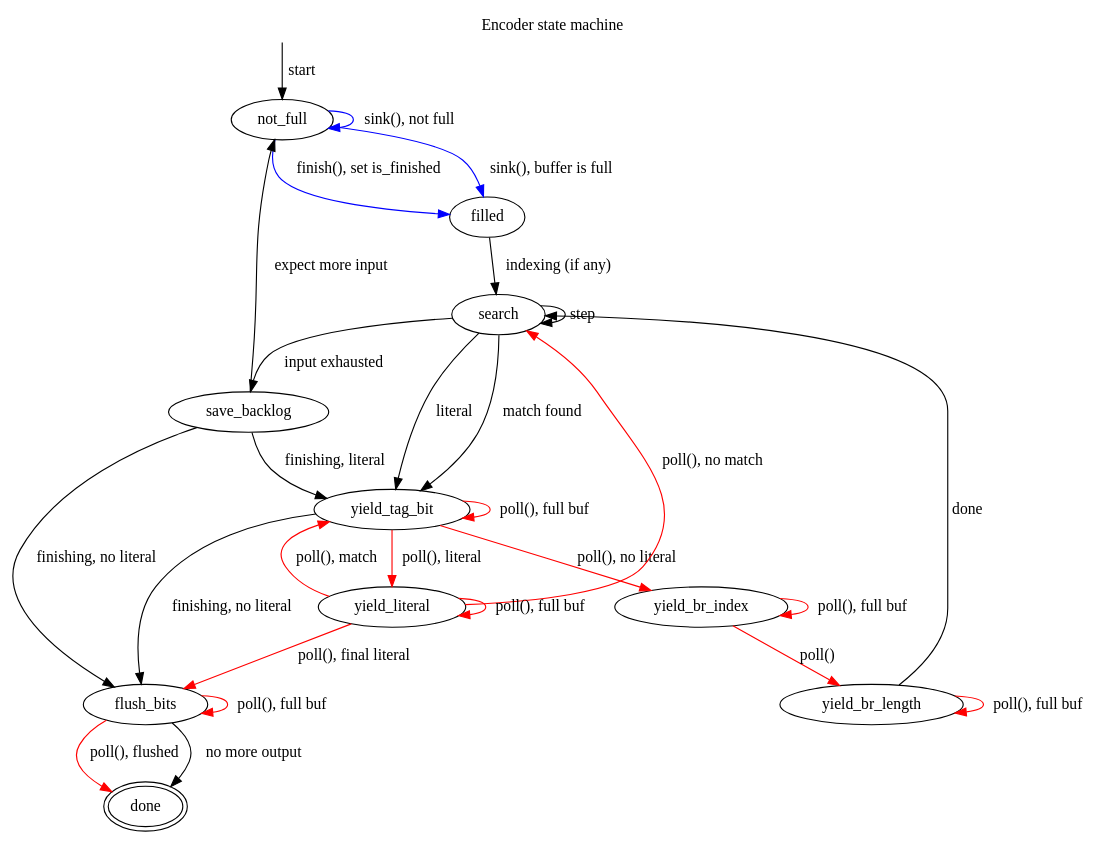
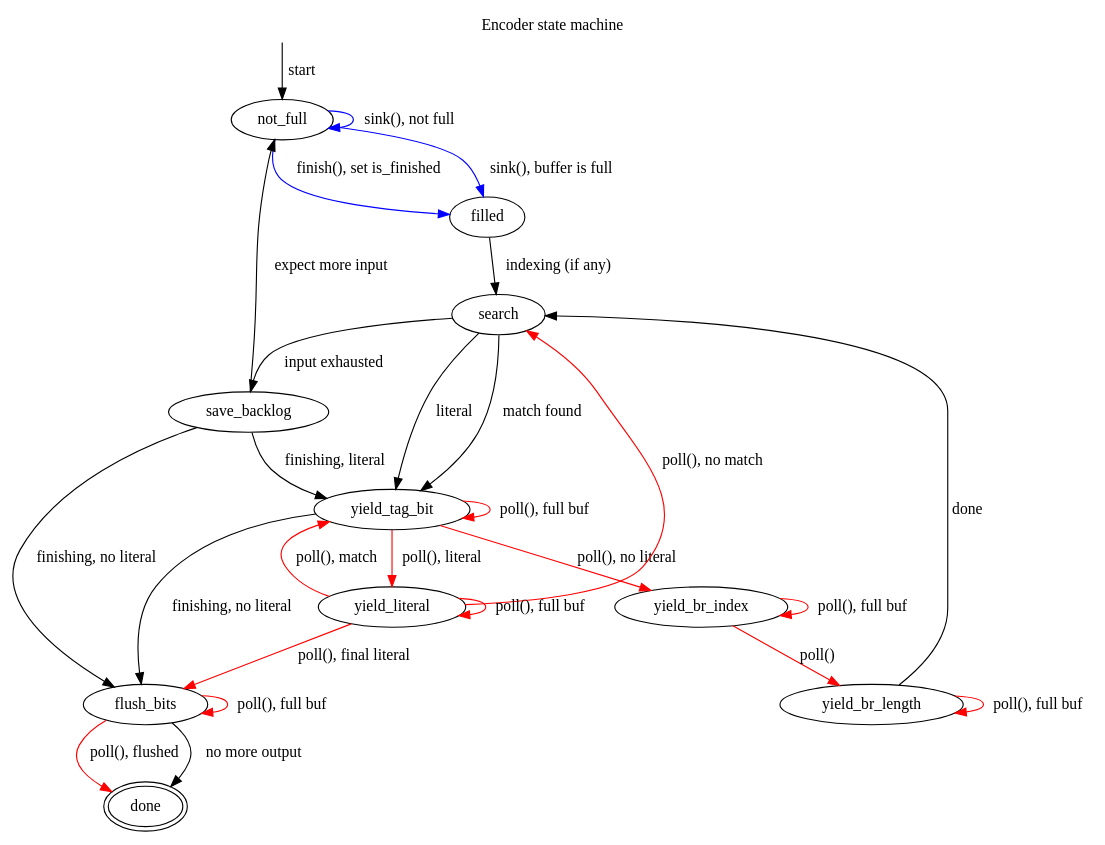
The diagram in enc_sm.dot (atomicobject/heatshrink), drawn with Graphviz before and after one commit.

Commit message:
Correct encoder state machine graph

```diff
--- a/enc_sm.dot
+++ b/enc_sm.dot
@@ -1,51 +1,50 @@
 digraph {
         graph [label="Encoder state machine", labelloc="t"]
         start [style="invis", shape="point"]
         not_full
         filled
         search
         yield_tag_bit
         yield_literal
         yield_br_length
         yield_br_index
         save_backlog
         flush_bits
         done [peripheries=2]
 
         start->not_full [label="start"]
 
         not_full->not_full [label="sink(), not full", color="blue"]
         not_full->filled [label="sink(), buffer is full", color="blue"]
         not_full->filled [label="finish(), set is_finished", color="blue"]
 
         filled->search [label="indexing (if any)"]
 
-        search->search [label="step"]
         search->yield_tag_bit [label="literal"]
         search->yield_tag_bit [label="match found"]
         search->save_backlog [label="input exhausted"]
 
         yield_tag_bit->yield_tag_bit [label="poll(), full buf", color="red"]
         yield_tag_bit->yield_literal [label="poll(), literal", color="red"]
         yield_tag_bit->yield_br_index [label="poll(), no literal", color="red"]
         yield_tag_bit->flush_bits [label="finishing, no literal"]
 
         yield_literal->yield_literal [label="poll(), full buf", color="red"]
         yield_literal->search [label="poll(), no match", color="red"]
         yield_literal->yield_tag_bit [label="poll(), match", color="red"]
         yield_literal->flush_bits [label="poll(), final literal", color="red"]
 
         yield_br_index->yield_br_index [label="poll(), full buf", color="red"]
         yield_br_index->yield_br_length [label="poll()", color="red"]
 
         yield_br_length->yield_br_length [label="poll(), full buf", color="red"]
         yield_br_length->search [label="done"]
 
         save_backlog->flush_bits [label="finishing, no literal"]
         save_backlog->yield_tag_bit [label="finishing, literal"]
         save_backlog->not_full [label="expect more input"]
 
         flush_bits->flush_bits [label="poll(), full buf", color="red"]
         flush_bits->done [label="poll(), flushed", color="red"]
         flush_bits->done [label="no more output"]
 }
```
